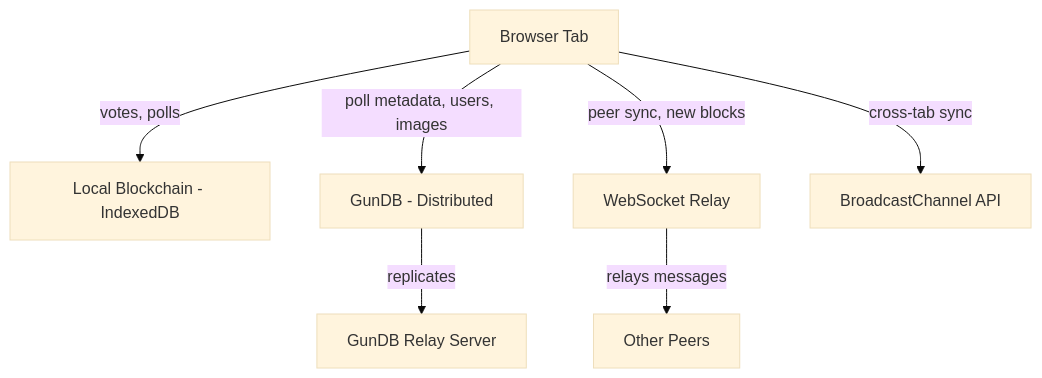
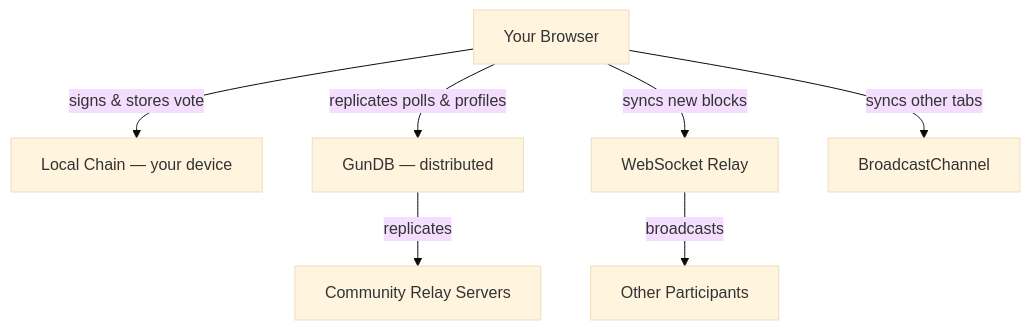
The first of 2 diagrams in README.md (Interpoll1/decentralised), drawn with Mermaid (base theme) before and after one commit. The commit also changed other lines of this file, not shown here.

````diff
--- a/README.md
+++ b/README.md
@@ -64,9 +63,9 @@
 ```mermaid
 graph TD
-    A[Browser Tab] -->|votes, polls| B[Local Blockchain - IndexedDB]
-    A -->|poll metadata, users, images| C[GunDB - Distributed]  
-    A -->|peer sync, new blocks| D[WebSocket Relay]
-    A -->|cross-tab sync| E[BroadcastChannel API]
-    D -->|relays messages| F[Other Peers]
-    C -->|replicates| G[GunDB Relay Server]
+    A[Your Browser] -->|signs & stores vote| B[Local Chain — your device]
+    A -->|replicates polls & profiles| C[GunDB — distributed]
+    A -->|syncs new blocks| D[WebSocket Relay]
+    A -->|syncs other tabs| E[BroadcastChannel]
+    D -->|broadcasts| F[Other Participants]
+    C -->|replicates| G[Community Relay Servers]
 ```
````
